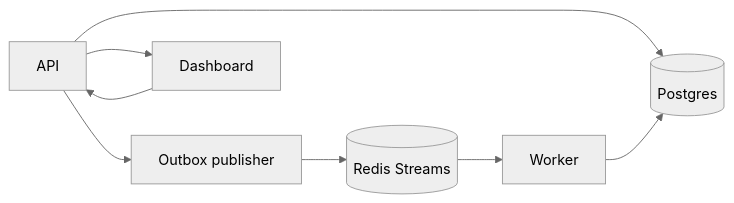
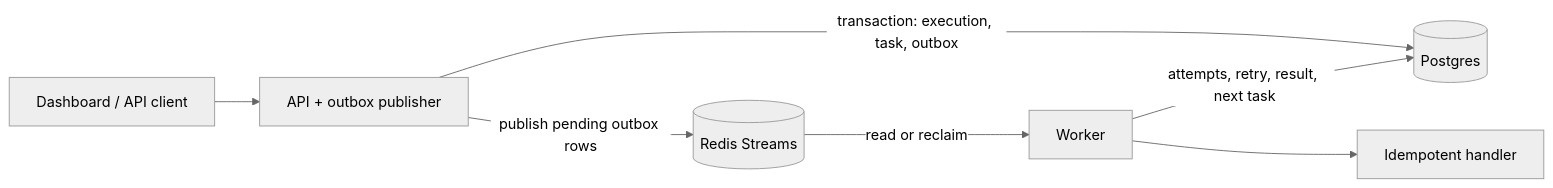
One commit to codetitan9999/DurableWorkFlowEngine changed the diagram in README.md. Above: the diagram before and after it, drawn with Mermaid (neutral theme). The commit also changed other lines of this file, not shown here.

````diff
--- a/README.md
+++ b/README.md
@@ -45,10 +28,9 @@
 ```mermaid
 flowchart LR
-    API["API"] --> PG[("Postgres")]
-    API --> Outbox["Outbox publisher"]
-    Outbox --> Redis[("Redis Streams")]
-    Redis --> Worker["Worker"]
-    Worker --> PG
-    API --> Web["Dashboard"]
-    Web --> API
+    Client["Dashboard / API client"] --> API["API + outbox publisher"]
+    API -->|transaction: execution, task, outbox| PG[("Postgres")]
+    API -->|publish pending outbox rows| Redis[("Redis Streams")]
+    Redis -->|read or reclaim| Worker["Worker"]
+    Worker -->|attempts, retry, result, next task| PG
+    Worker --> Handler["Idempotent handler"]
 ```
````
